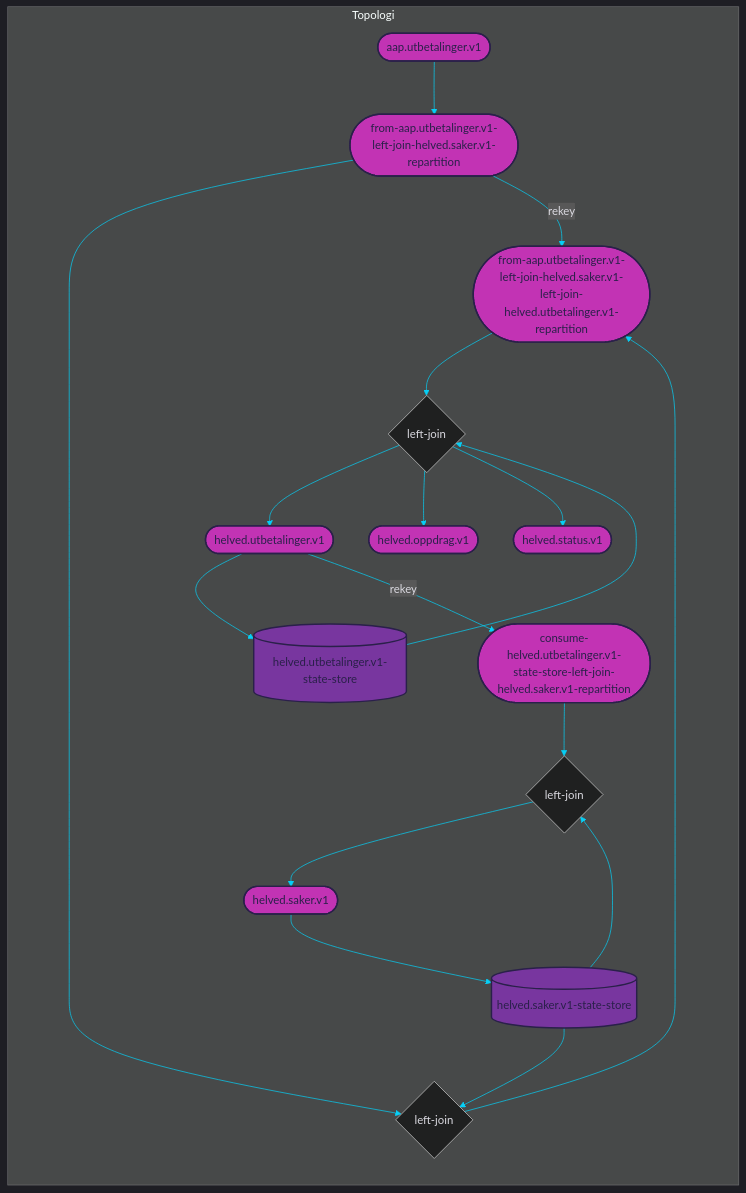
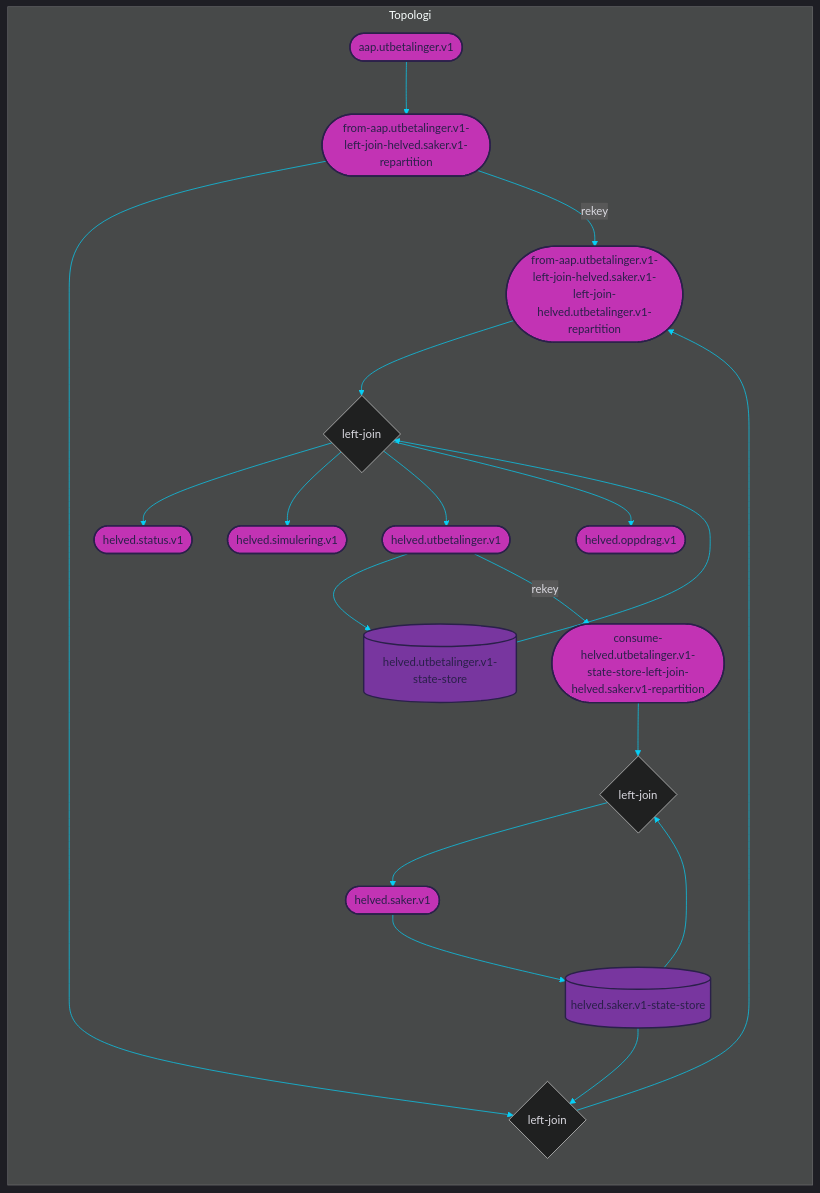
Before and after one commit to navikt/helved-utbetaling: the diagram in dokumentasjon/topology.mmd, drawn with Mermaid. The commit also changed 4 other files, not shown here.

```diff
--- a/dokumentasjon/topology.mmd
+++ b/dokumentasjon/topology.mmd
@@ -1,87 +1,90 @@
 
 %%{init: {'theme': 'dark', 'themeVariables': { 'primaryColor': '#07cff6', 'textColor': '#dad9e0', 'lineColor': '#07cff6'}}}%%
 
 graph LR
 
 subgraph Topologi
     %% TOPICS
     from-aap.utbetalinger.v1-left-join-helved.saker.v1-left-join-helved.utbetalinger.v1-repartition([from-aap.utbetalinger.v1-left-join-helved.saker.v1-left-join-helved.utbetalinger.v1-repartition])
 	helved.utbetalinger.v1([helved.utbetalinger.v1])
 	consume-helved.utbetalinger.v1-state-store-left-join-helved.saker.v1-repartition([consume-helved.utbetalinger.v1-state-store-left-join-helved.saker.v1-repartition])
 	helved.oppdrag.v1([helved.oppdrag.v1])
+	helved.simulering.v1([helved.simulering.v1])
 	helved.status.v1([helved.status.v1])
 	from-aap.utbetalinger.v1-left-join-helved.saker.v1-repartition([from-aap.utbetalinger.v1-left-join-helved.saker.v1-repartition])
 	helved.saker.v1([helved.saker.v1])
 	aap.utbetalinger.v1([aap.utbetalinger.v1])
 
     %% JOINS
     from-aap.utbetalinger.v1-left-join-helved.saker.v1-left-join-helved.utbetalinger.v1{left-join}
 	from-aap.utbetalinger.v1-left-join-helved.saker.v1{left-join}
 	consume-helved.utbetalinger.v1-state-store-left-join-helved.saker.v1{left-join}
 
     %% STATE PROCESSORS
     
     
     %% STATE STORES
     helved.utbetalinger.v1-state-store[(helved.utbetalinger.v1-state-store)]
 	helved.saker.v1-state-store[(helved.saker.v1-state-store)]
     
     %% DATABASES
     
     
 
     %% PROCESSOR API JOBS
     
     
     %% JOIN STREAMS
     from-aap.utbetalinger.v1-left-join-helved.saker.v1-left-join-helved.utbetalinger.v1-repartition --> from-aap.utbetalinger.v1-left-join-helved.saker.v1-left-join-helved.utbetalinger.v1
 	helved.utbetalinger.v1-state-store --> from-aap.utbetalinger.v1-left-join-helved.saker.v1-left-join-helved.utbetalinger.v1
+	from-aap.utbetalinger.v1-left-join-helved.saker.v1-left-join-helved.utbetalinger.v1 --> helved.status.v1
+	from-aap.utbetalinger.v1-left-join-helved.saker.v1-left-join-helved.utbetalinger.v1 --> helved.simulering.v1
 	from-aap.utbetalinger.v1-left-join-helved.saker.v1-left-join-helved.utbetalinger.v1 --> helved.utbetalinger.v1
 	from-aap.utbetalinger.v1-left-join-helved.saker.v1-left-join-helved.utbetalinger.v1 --> helved.oppdrag.v1
-	from-aap.utbetalinger.v1-left-join-helved.saker.v1-left-join-helved.utbetalinger.v1 --> helved.status.v1
 	from-aap.utbetalinger.v1-left-join-helved.saker.v1-repartition --> from-aap.utbetalinger.v1-left-join-helved.saker.v1
 	helved.saker.v1-state-store --> from-aap.utbetalinger.v1-left-join-helved.saker.v1
 	from-aap.utbetalinger.v1-left-join-helved.saker.v1 --> from-aap.utbetalinger.v1-left-join-helved.saker.v1-left-join-helved.utbetalinger.v1-repartition
 	consume-helved.utbetalinger.v1-state-store-left-join-helved.saker.v1-repartition --> consume-helved.utbetalinger.v1-state-store-left-join-helved.saker.v1
 	helved.saker.v1-state-store --> consume-helved.utbetalinger.v1-state-store-left-join-helved.saker.v1
 	consume-helved.utbetalinger.v1-state-store-left-join-helved.saker.v1 --> helved.saker.v1
 
     %% TABLE STREAMS
     helved.utbetalinger.v1 --> helved.utbetalinger.v1-state-store
 	helved.saker.v1 --> helved.saker.v1-state-store
 
     %% JOB STREAMS
     
     
     %% BRANCH STREAMS
     
 
     %% REPARTITION STREAMS
     helved.utbetalinger.v1 --> |rekey| consume-helved.utbetalinger.v1-state-store-left-join-helved.saker.v1-repartition
 	from-aap.utbetalinger.v1-left-join-helved.saker.v1-repartition --> |rekey| from-aap.utbetalinger.v1-left-join-helved.saker.v1-left-join-helved.utbetalinger.v1-repartition
     
     %% BASIC STREAMS
     aap.utbetalinger.v1 --> from-aap.utbetalinger.v1-left-join-helved.saker.v1-repartition
     
     %% CUSTOM PROCESS STREAMS
     
 end
 
 %% COLORS
 %% light    #dad9e0
 %% purple   #78369f
 %% pink     #c233b4
 %% dark     #2a204a
 %% blue     #07cff6
 
 %% STYLES
 style from-aap.utbetalinger.v1-left-join-helved.saker.v1-left-join-helved.utbetalinger.v1-repartition fill:#c233b4, stroke:#2a204a, stroke-width:2px, color:#2a204a
 style helved.utbetalinger.v1 fill:#c233b4, stroke:#2a204a, stroke-width:2px, color:#2a204a
 style consume-helved.utbetalinger.v1-state-store-left-join-helved.saker.v1-repartition fill:#c233b4, stroke:#2a204a, stroke-width:2px, color:#2a204a
 style helved.oppdrag.v1 fill:#c233b4, stroke:#2a204a, stroke-width:2px, color:#2a204a
+style helved.simulering.v1 fill:#c233b4, stroke:#2a204a, stroke-width:2px, color:#2a204a
 style helved.status.v1 fill:#c233b4, stroke:#2a204a, stroke-width:2px, color:#2a204a
 style from-aap.utbetalinger.v1-left-join-helved.saker.v1-repartition fill:#c233b4, stroke:#2a204a, stroke-width:2px, color:#2a204a
 style helved.saker.v1 fill:#c233b4, stroke:#2a204a, stroke-width:2px, color:#2a204a
 style aap.utbetalinger.v1 fill:#c233b4, stroke:#2a204a, stroke-width:2px, color:#2a204a
 style helved.utbetalinger.v1-state-store fill:#78369f, stroke:#2a204a, stroke-width:2px, color:#2a204a
 style helved.saker.v1-state-store fill:#78369f, stroke:#2a204a, stroke-width:2px, color:#2a204a
```
